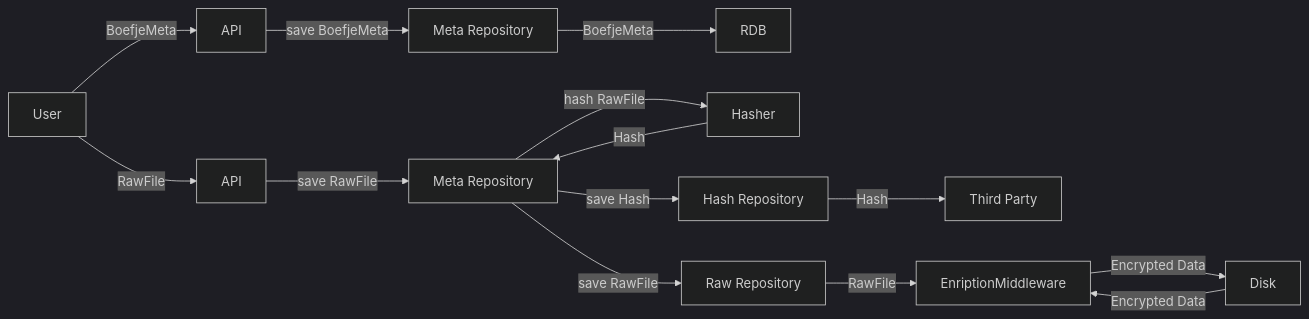
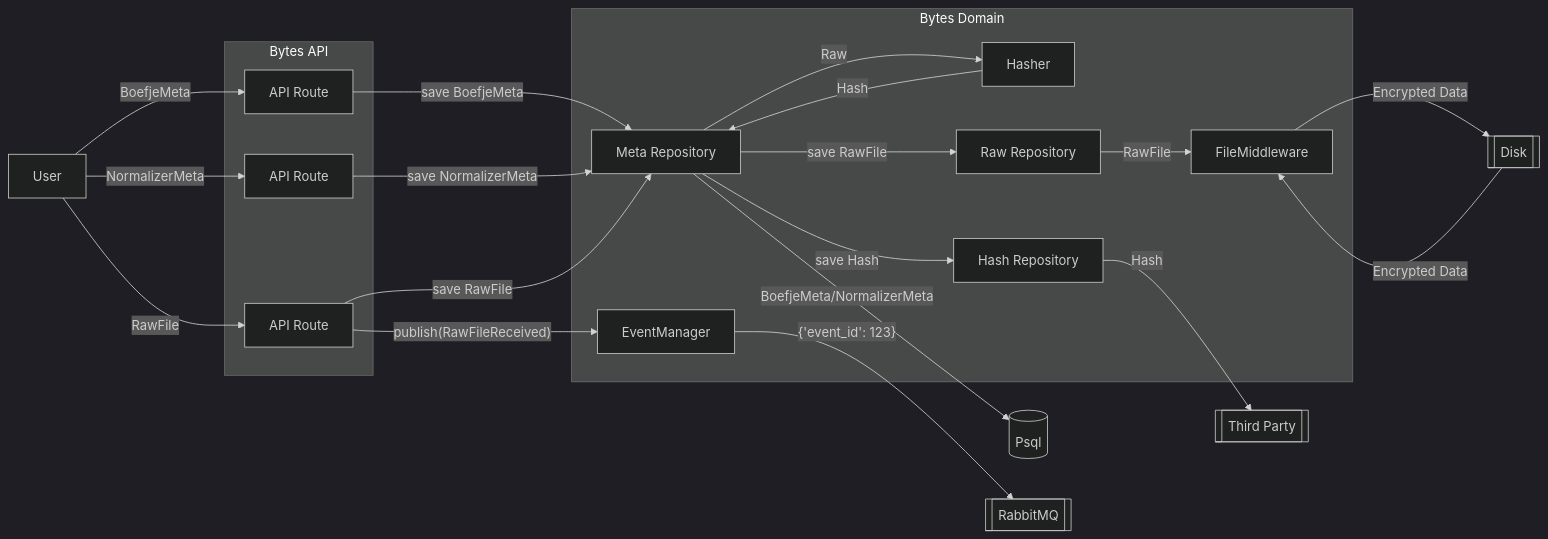
One commit to minvws/nl-kat-coordination changed the second of 2 diagrams in bytes/README.md. Above: the diagram before and after it, drawn with Mermaid (dark theme). The commit also changed other lines of this file, not shown here.

Commit message:
Chore/docs update Bytes (#535)

````diff
--- a/bytes/README.md
+++ b/bytes/README.md
@@ -137,10 +163,32 @@
 ```mermaid
 graph LR
-    U[User] -- BoefjeMeta --> A1[API] -- save BoefjeMeta --> B1[Meta Repository]
-    B1[Meta Repository] -- BoefjeMeta --> RDB
-    B[Meta Repository] -- hash RawFile --> HR[Hasher] -- Hash --> B[Meta Repository]
-    U[User] -- RawFile --> A2[API] -- save RawFile --> B[Meta Repository] -- save Hash --> H[Hash Repository]
-    H[Hash Repository] -- Hash --> T[Third Party]
-    B[Meta Repository] -- save RawFile --> R[Raw Repository] -- RawFile --> E[EnriptionMiddleware]
-    E[EnriptionMiddleware] -- Encrypted Data --> Disk -- Encrypted Data  --> E[EnriptionMiddleware]
+    User -- BoefjeMeta --> APIR1
+    User -- NormalizerMeta --> APIR2
+    User -- RawFile --> APIR3
+
+
+    User[User]
+
+    APIR1 -- save BoefjeMeta --> MR
+    APIR2 -- save NormalizerMeta --> MR
+    APIR3 -- save RawFile --> MR
+
+    subgraph API["Bytes API"]
+        APIR1[API Route]
+        APIR2[API Route]
+        APIR3[API Route]
+    end
+
+    subgraph Bytes["Bytes Domain"]
+        APIR3 -- "publish(RawFileReceived)" --> EM[EventManager]
+        MR[Meta Repository] -- Raw  --> H[Hasher] -- Hash --> MR[Meta Repository]
+        MR[Meta Repository] -- save Hash --> HR[Hash Repository]
+        MR[Meta Repository] -- save RawFile --> R[Raw Repository]
+        R[Raw Repository] -- RawFile --> F[FileMiddleware]
+    end
+
+    F[FileMiddleware] -- Encrypted Data --> Disk[[Disk]] -- Encrypted Data  --> F[FileMiddleware]
+    HR[Hash Repository] -- Hash --> T[[Third Party]]
+    MR[Meta Repository] -- BoefjeMeta/NormalizerMeta --> RDB[(Psql)]
+    EM[EventManager] -- "{'event_id': 123}" --> RabbitMQ[[RabbitMQ]]
 ```
````
